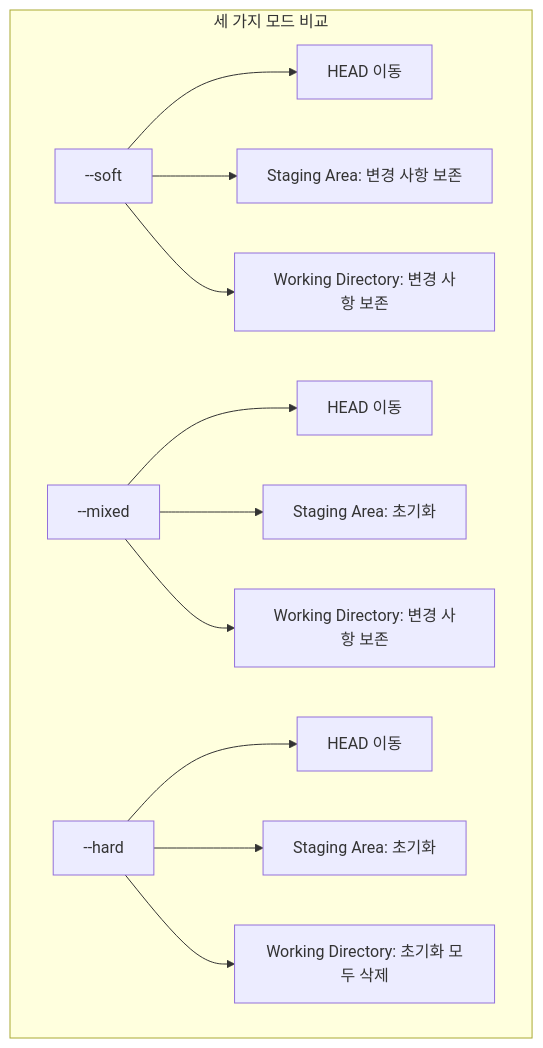
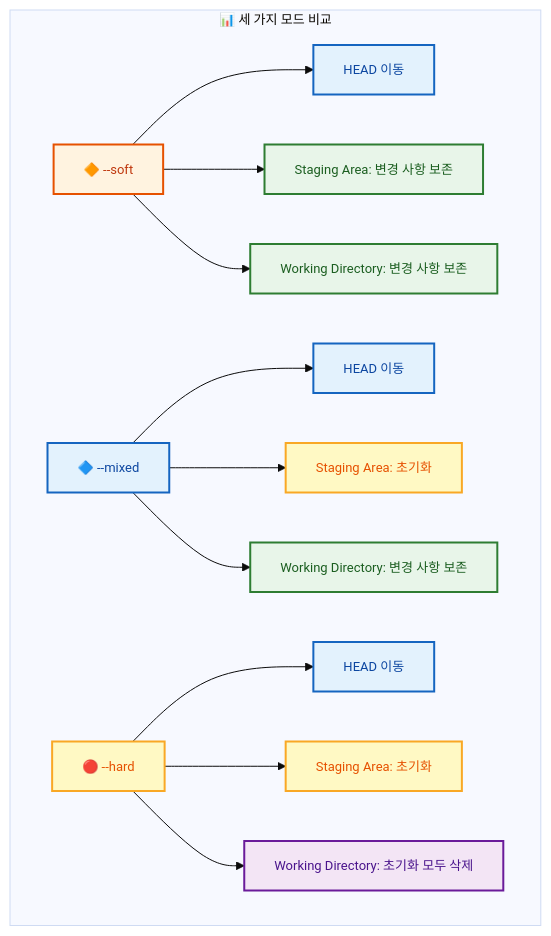
Before and after one commit to jingu279/Document: the fifth of 6 diagrams in git/04_변경_되돌리기/01_Reset과_Revert.md, drawn with Mermaid. The commit also changed other lines of this file and 24 other files, not shown here.

First line of the commit message:
Git 문서 전체 Mermaid 다이어그램 스타일링 통일

````diff
--- a/git/04_변경_되돌리기/01_Reset과_Revert.md
+++ b/git/04_변경_되돌리기/01_Reset과_Revert.md
@@ -134,15 +150,22 @@
 ```mermaid
+%%{init: {'theme': 'base', 'themeVariables': {'fontSize': '13px'}}}%%
 flowchart TB
-  subgraph Modes[세 가지 모드 비교]
+  classDef main fill:#fff3e0,stroke:#e65100,stroke-width:2px,color:#bf360c
+  classDef sub fill:#e8f5e9,stroke:#2e7d32,stroke-width:2px,color:#1b5e20
+  classDef proc fill:#e3f2fd,stroke:#1565c0,stroke-width:2px,color:#0d47a1
+  classDef decision fill:#fff9c4,stroke:#f9a825,stroke-width:2px,color:#e65100
+  classDef highlight fill:#f3e5f5,stroke:#6a1b9a,stroke-width:2px,color:#4a148c
+
+  subgraph Modes[📊 세 가지 모드 비교]
     direction LR
-    S[--soft] --> S1["HEAD 이동"]
-    S --> S2["Staging Area: 변경 사항 보존"]
-    S --> S3["Working Directory: 변경 사항 보존"]
-    M[--mixed] --> M1["HEAD 이동"]
-    M --> M2["Staging Area: 초기화"]
-    M --> M3["Working Directory: 변경 사항 보존"]
-    H[--hard] --> H1["HEAD 이동"]
-    H --> H2["Staging Area: 초기화"]
-    H --> H3["Working Directory: 초기화 모두 삭제"]
+    S["🔶 --soft"]:::main --> S1["HEAD 이동"]:::proc
+    S --> S2["Staging Area: 변경 사항 보존"]:::sub
+    S --> S3["Working Directory: 변경 사항 보존"]:::sub
+    M["🔷 --mixed"]:::proc --> M1["HEAD 이동"]:::proc
+    M --> M2["Staging Area: 초기화"]:::decision
+    M --> M3["Working Directory: 변경 사항 보존"]:::sub
+    H["🔴 --hard"]:::decision --> H1["HEAD 이동"]:::proc
+    H --> H2["Staging Area: 초기화"]:::decision
+    H --> H3["Working Directory: 초기화 모두 삭제"]:::highlight
   end
 ```
````
